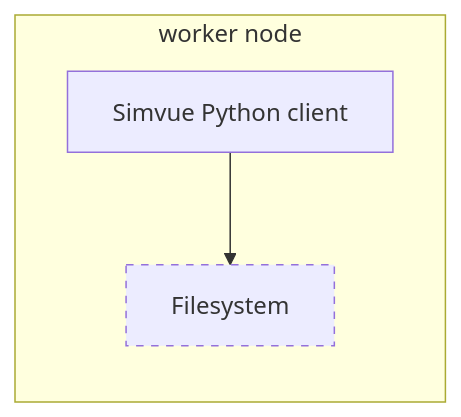
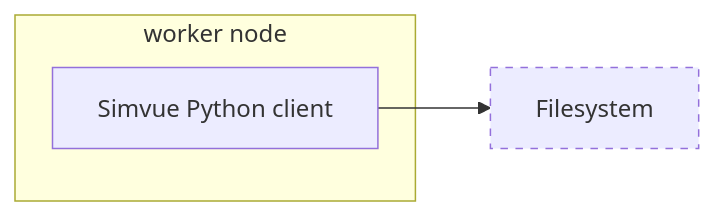
One commit to simvue-io/docs changed the second of 3 diagrams in docs/python-client/getting-started.md. Above: the diagram before and after it, drawn with Mermaid. The commit also changed other lines of this file, not shown here.

Commit message:
Move filesystem box in diagrams outside of worker node

````diff
--- a/docs/python-client/getting-started.md
+++ b/docs/python-client/getting-started.md
@@ -62,7 +62,8 @@
 ``` mermaid
 graph LR
 subgraph "worker node"
-  A[Simvue Python client] --> B[Filesystem];
+  A[Simvue Python client];
   style B stroke-dasharray: 5 5
 end
+A[Simvue Python client] --> B[Filesystem];
 ```
````
